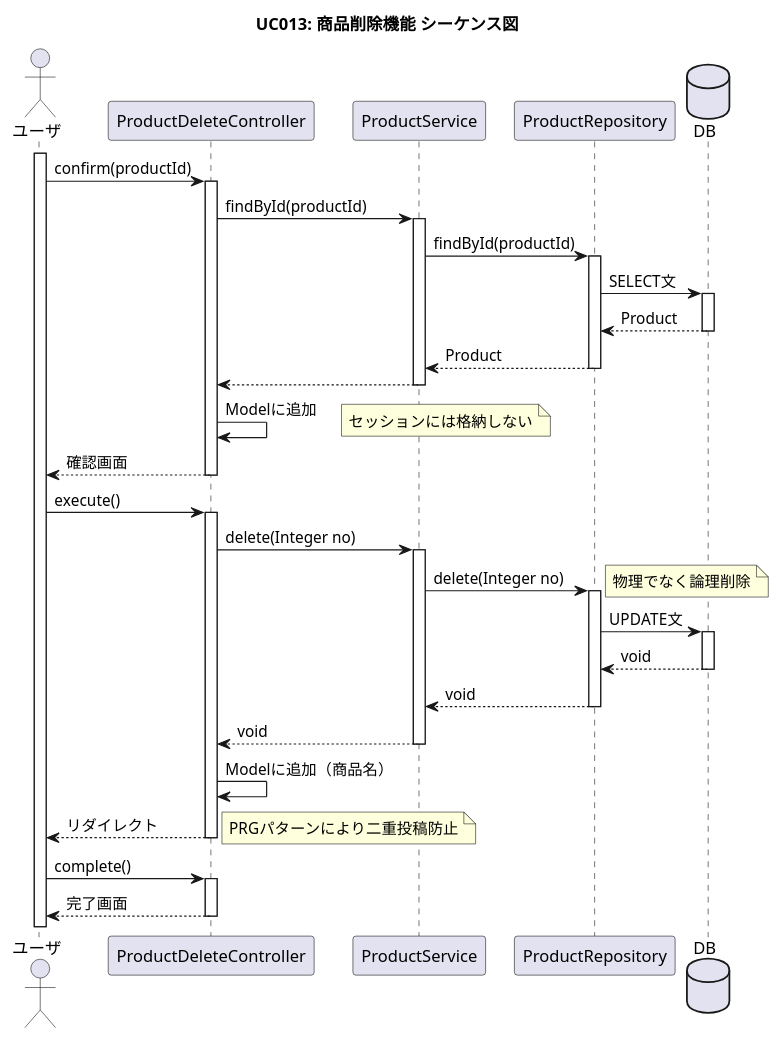
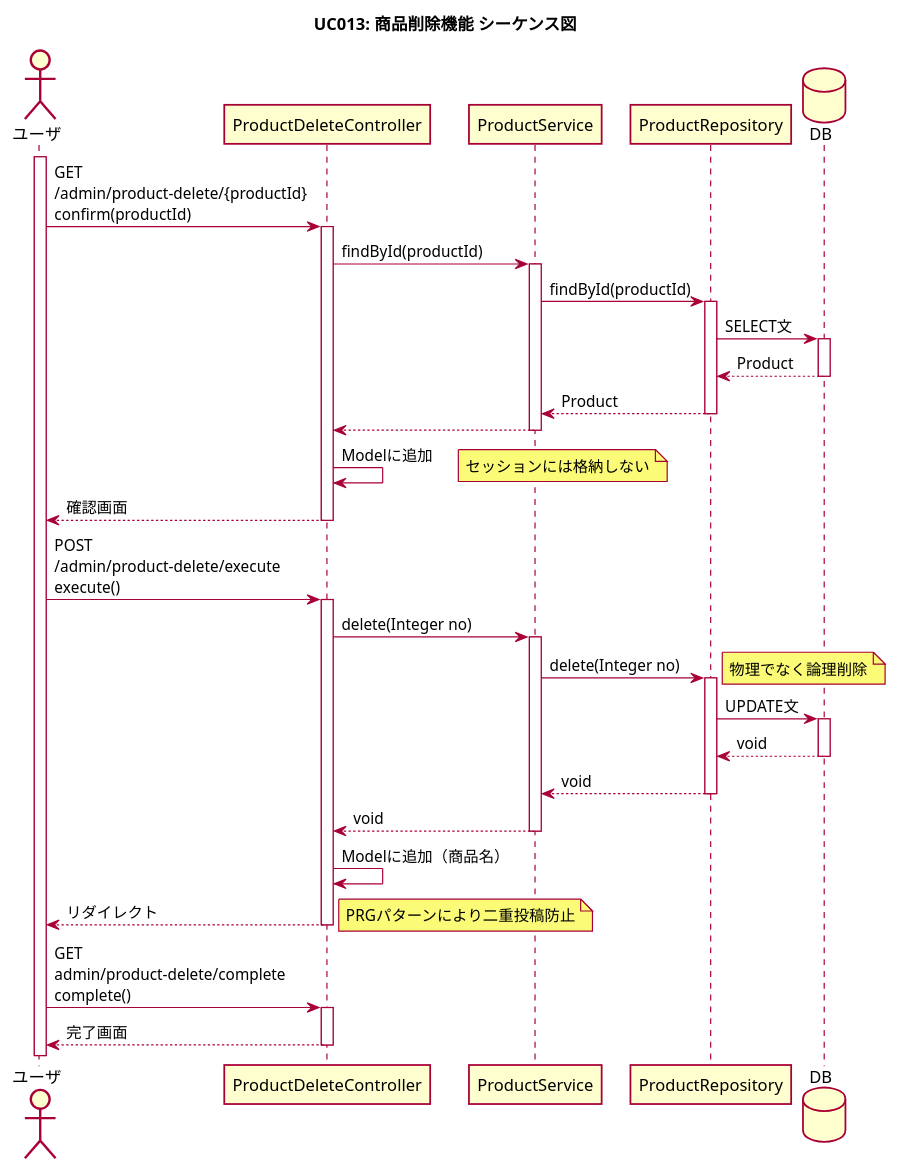
The diagram in plan/diagram/sequence/uc013_product_delete.puml (imagepit/fullness-ec), drawn with PlantUML before and after one commit. The commit also changed 30 other files, not shown here.

```diff
--- a/plan/diagram/sequence/uc013_product_delete.puml
+++ b/plan/diagram/sequence/uc013_product_delete.puml
@@ -1,74 +1,75 @@
 @startuml
 
+skin rose
 title UC013: 商品削除機能 シーケンス図
 skinparam shadowing false
 'hide footbox
 
 actor ユーザ
 
 activate ユーザ
 
-ユーザ -> ProductDeleteController : confirm(productId)
+ユーザ -> ProductDeleteController : GET\n/admin/product-delete/{productId}\nconfirm(productId)
 activate ProductDeleteController
 
 ProductDeleteController -> ProductService : findById(productId)
 activate ProductService
 
 ProductService -> ProductRepository : findById(productId)
 activate ProductRepository
 
 database DB
 
 ProductRepository -> DB : SELECT文
 activate DB
 
 DB --> ProductRepository : Product
 deactivate DB
 
 ProductRepository --> ProductService : Product
 deactivate ProductRepository
 
 ProductService --> ProductDeleteController
 deactivate ProductService
 
 ProductDeleteController -> ProductDeleteController : Modelに追加
 note right: セッションには格納しない
 
 ProductDeleteController --> ユーザ : 確認画面
 deactivate ProductDeleteController
 
-ユーザ -> ProductDeleteController : execute()
+ユーザ -> ProductDeleteController : POST\n/admin/product-delete/execute\nexecute()
 activate ProductDeleteController
 
 ProductDeleteController -> ProductService : delete(Integer no)
 activate ProductService
 
 ProductService -> ProductRepository : delete(Integer no)
 activate ProductRepository
 
 note right: 物理でなく論理削除
 ProductRepository -> DB : UPDATE文
 activate DB
 
 DB --> ProductRepository : void
 deactivate DB
 
 ProductRepository --> ProductService : void
 deactivate ProductRepository
 
 ProductService --> ProductDeleteController : void
 deactivate ProductService
 
 ProductDeleteController -> ProductDeleteController : Modelに追加（商品名）
 
 ProductDeleteController --> ユーザ : リダイレクト
 deactivate ProductDeleteController
 note right: PRGパターンにより二重投稿防止
 
-ユーザ -> ProductDeleteController : complete()
+ユーザ -> ProductDeleteController : GET\nadmin/product-delete/complete\ncomplete()
 activate ProductDeleteController
 
 ProductDeleteController --> ユーザ : 完了画面
 deactivate ProductDeleteController
 
 @enduml
```
